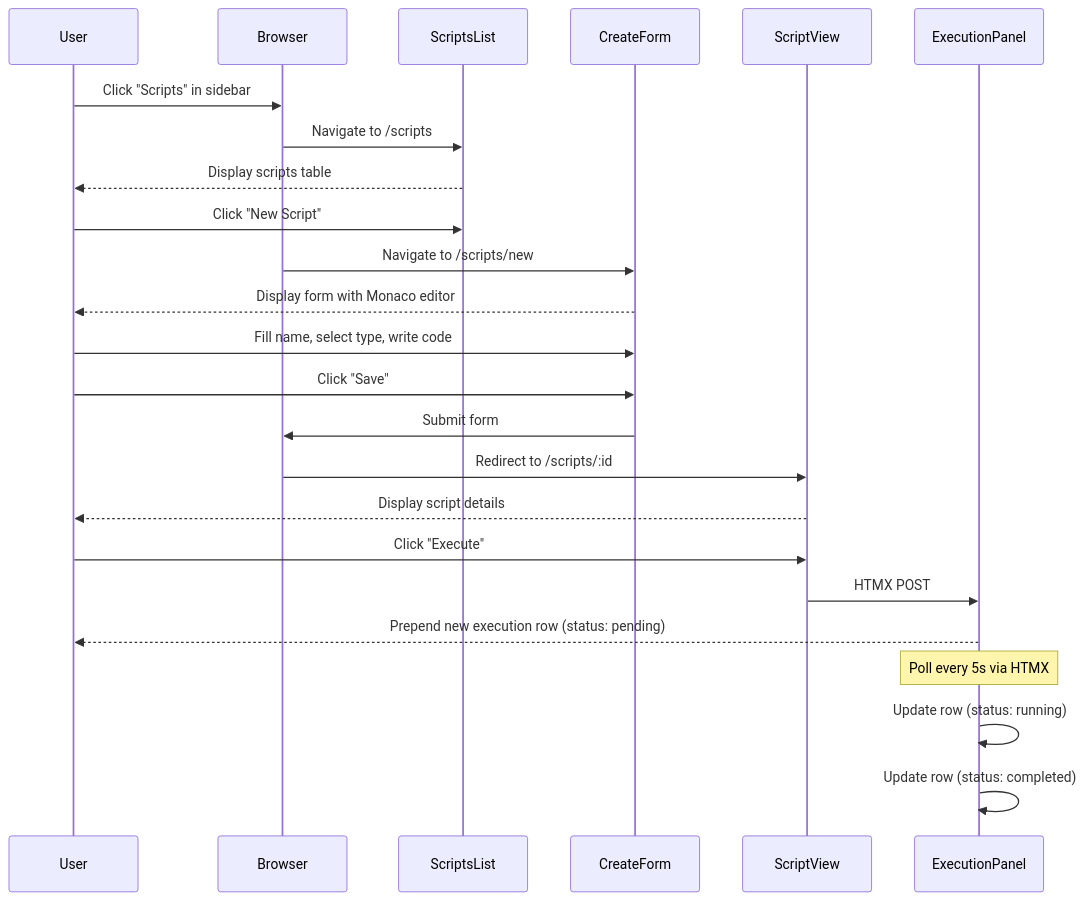
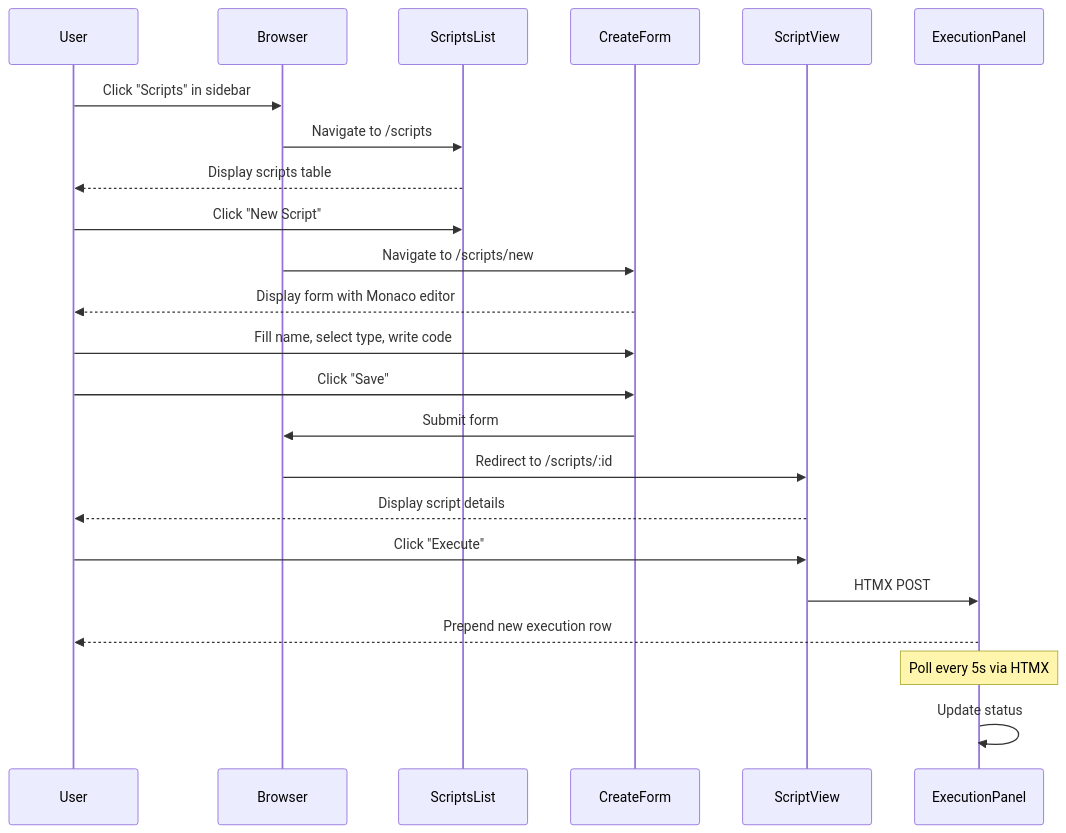
The first of 4 diagrams in docs/specs/jsruntime/ux.md (iota-uz/iota-sdk), drawn with Mermaid before and after one commit. The commit also changed other lines of this file and 13 other files, not shown here.

First line of the commit message:
docs: enhance spec files with Jekyll frontmatter and dark-theme-compatible Mermaid diagrams

````diff
--- a/docs/specs/jsruntime/ux.md
+++ b/docs/specs/jsruntime/ux.md
@@ -16,31 +25,30 @@
 ```mermaid
 sequenceDiagram
     participant User
     participant Browser
     participant ScriptsList
     participant CreateForm
     participant ScriptView
     participant ExecutionPanel
 
     User->>Browser: Click "Scripts" in sidebar
     Browser->>ScriptsList: Navigate to /scripts
     ScriptsList-->>User: Display scripts table
 
     User->>ScriptsList: Click "New Script"
     Browser->>CreateForm: Navigate to /scripts/new
     CreateForm-->>User: Display form with Monaco editor
 
     User->>CreateForm: Fill name, select type, write code
     User->>CreateForm: Click "Save"
     CreateForm->>Browser: Submit form
     Browser->>ScriptView: Redirect to /scripts/:id
     ScriptView-->>User: Display script details
 
     User->>ScriptView: Click "Execute"
     ScriptView->>ExecutionPanel: HTMX POST
-    ExecutionPanel-->>User: Prepend new execution row (status: pending)
+    ExecutionPanel-->>User: Prepend new execution row
 
     Note over ExecutionPanel: Poll every 5s via HTMX
-    ExecutionPanel->>ExecutionPanel: Update row (status: running)
-    ExecutionPanel->>ExecutionPanel: Update row (status: completed)
+    ExecutionPanel->>ExecutionPanel: Update status
 ```
````
